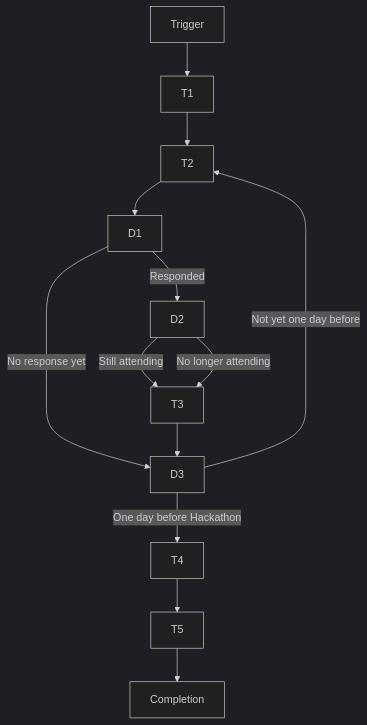
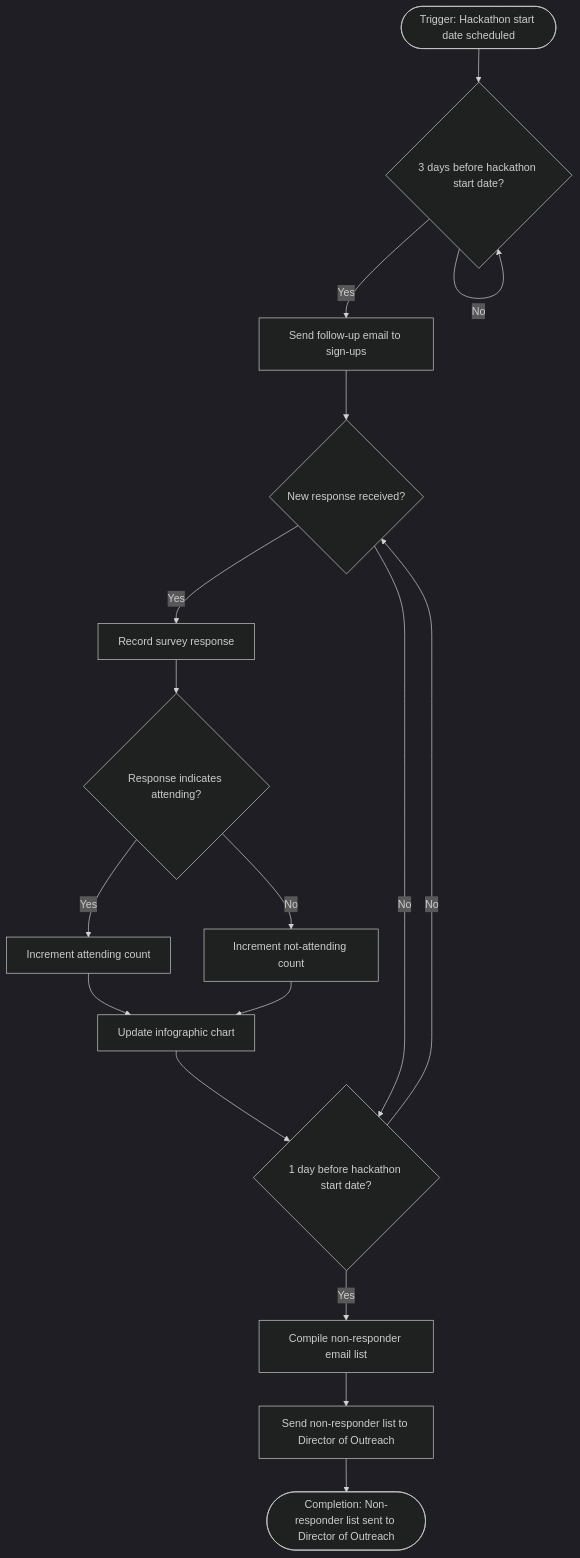
One commit to arlowe928-lab/BUS4498_InClass_Builds changed the diagram in my_first_agent/agent/workflow-of-tasks.md. Above: the diagram before and after it, drawn with Mermaid (dark theme).

Commit message:
Update workflow diagram for hackathon tasks

````diff
--- a/my_first_agent/agent/workflow-of-tasks.md
+++ b/my_first_agent/agent/workflow-of-tasks.md
@@ -25,15 +25,19 @@
 ```mermaid
 flowchart TD
-    Trigger --> T1
-T1 --> T2
-T2 --> D1
-D1 -- "No response yet" --> D3
-D1 -- "Responded" --> D2
-D2 -- "Still attending" --> T3
-D2 -- "No longer attending" --> T3
-T3 --> D3
-D3 -- "Not yet one day before" --> T2
-D3 -- "One day before Hackathon" --> T4
+Start(["Trigger: Hackathon start date scheduled"]) --> D1{"3 days before hackathon start date?"}
+D1 -->|"No"| D1
+D1 -->|"Yes"| T1["Send follow-up email to sign-ups"]
+T1 --> D2{"New response received?"}
+D2 -->|"Yes"| T2["Record survey response"]
+T2 --> D3{"Response indicates attending?"}
+D3 -->|"Yes"| T3["Increment attending count"]
+D3 -->|"No"| T4["Increment not-attending count"]
+T3 --> T5["Update infographic chart"]
 T4 --> T5
-T5 --> Completion
+T5 --> D4{"1 day before hackathon start date?"}
+D2 -->|"No"| D4
+D4 -->|"No"| D2
+D4 -->|"Yes"| T6["Compile non-responder email list"]
+T6 --> T7["Send non-responder list to Director of Outreach"]
+T7 --> End(["Completion: Non-responder list sent to Director of Outreach"])
 ```
````
